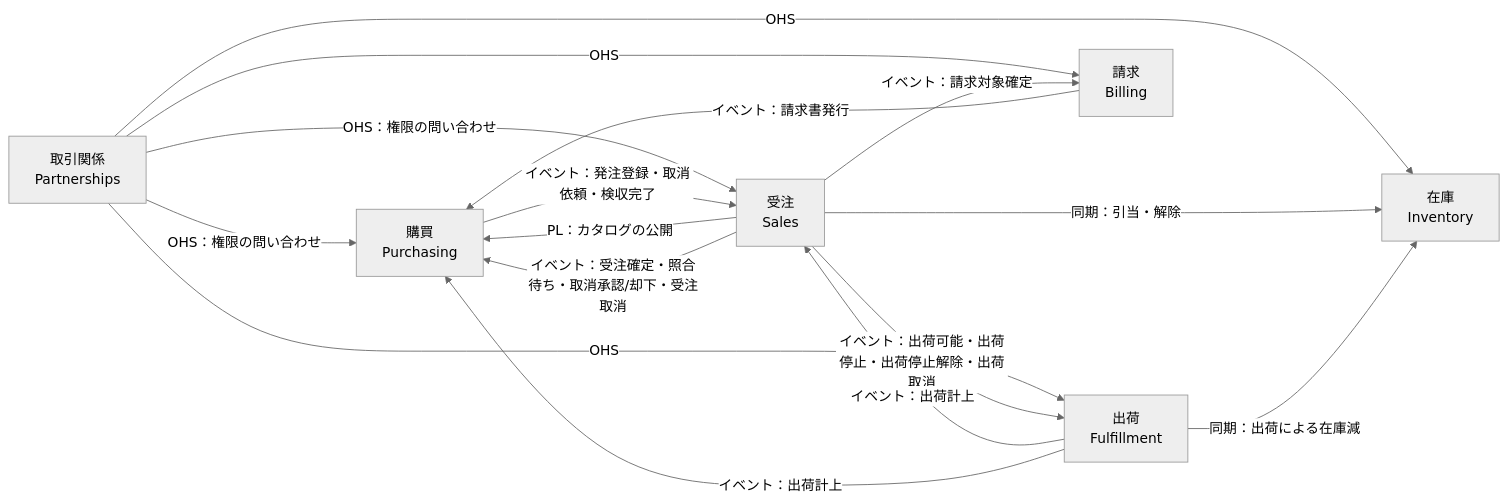
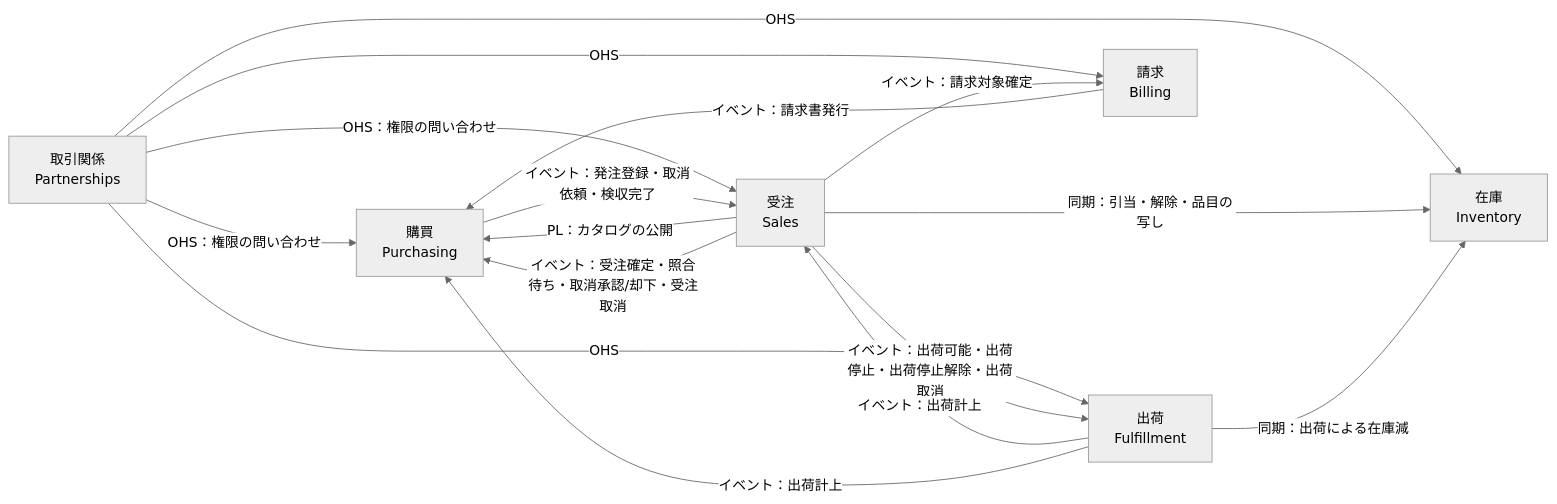
Before and after one commit to ringoshogo/factory-ops-demo-rails: the diagram in docs/architecture/context-map.md, drawn with Mermaid (neutral theme). The commit also changed other lines of this file and 40 other files, not shown here.

````diff
--- a/docs/architecture/context-map.md
+++ b/docs/architecture/context-map.md
@@ -74,25 +74,25 @@
 ```mermaid
 flowchart LR
   P["取引関係<br/>Partnerships"]
   PU["購買<br/>Purchasing"]
   S["受注<br/>Sales"]
   I["在庫<br/>Inventory"]
   F["出荷<br/>Fulfillment"]
   B["請求<br/>Billing"]
 
   P -- "OHS：権限の問い合わせ" --> PU
   P -- "OHS：権限の問い合わせ" --> S
   P -- "OHS" --> I
   P -- "OHS" --> F
   P -- "OHS" --> B
   S -- "PL：カタログの公開" --> PU
   PU -- "イベント：発注登録・取消依頼・検収完了" --> S
   S -- "イベント：受注確定・照合待ち・取消承認/却下・受注取消" --> PU
-  S -- "同期：引当・解除" --> I
+  S -- "同期：引当・解除・品目の写し" --> I
   S -- "イベント：出荷可能・出荷停止・出荷停止解除・出荷取消" --> F
   F -- "同期：出荷による在庫減" --> I
   F -- "イベント：出荷計上" --> S
   F -- "イベント：出荷計上" --> PU
   S -- "イベント：請求対象確定" --> B
   B -- "イベント：請求書発行" --> PU
 ```
````
